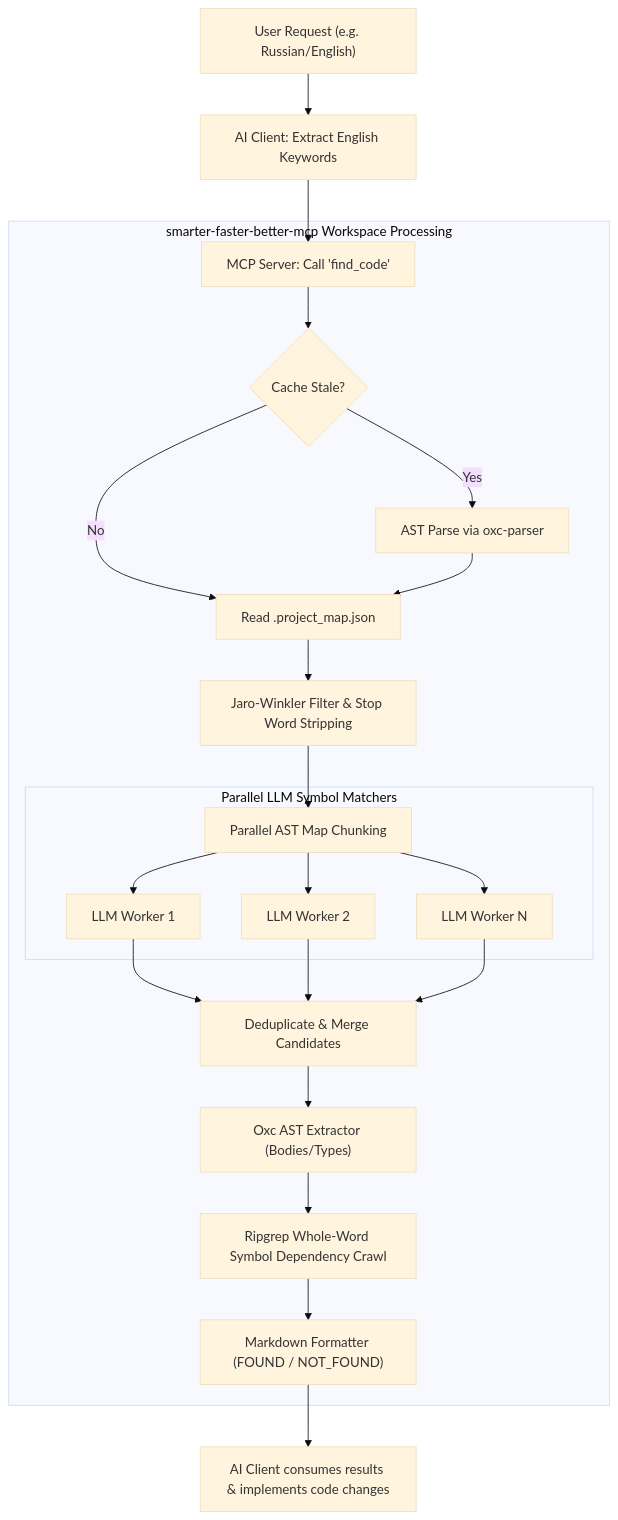
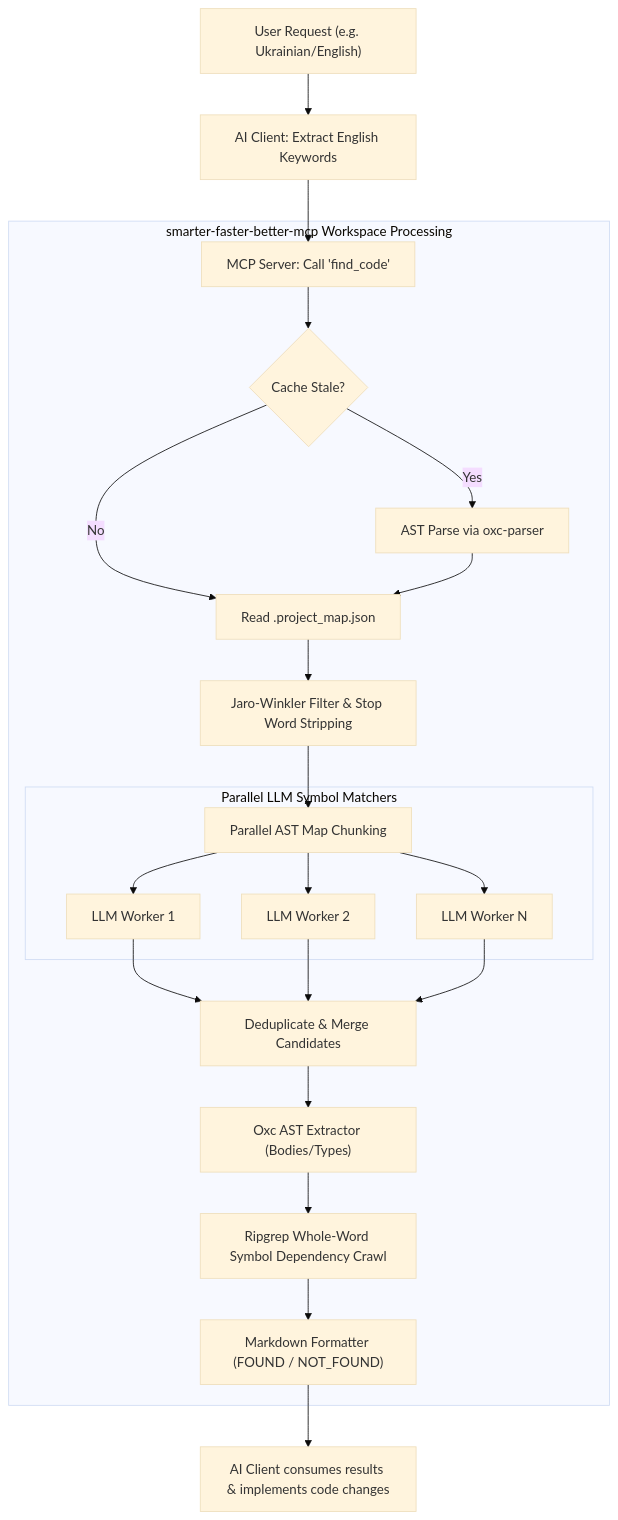
Before and after one commit to iHaiduk/smarter-faster-better-mcp: the diagram in README.md, drawn with Mermaid (base theme). The commit also changed 4 other files, not shown here.

````diff
--- a/README.md
+++ b/README.md
@@ -28,31 +28,31 @@
 ```mermaid
 graph TD
-    UserQuery["User Request (e.g. Russian/English)"] --> AIExtract["AI Client: Extract English Keywords"]
+    UserQuery["User Request (e.g. Ukrainian/English)"] --> AIExtract["AI Client: Extract English Keywords"]
     AIExtract --> MCPCall["MCP Server: Call 'find_code'"]
     
     subgraph MCP Server ["smarter-faster-better-mcp Workspace Processing"]
         MCPCall --> CheckCache{"Cache Stale?"}
         CheckCache -- Yes --> BuildMap["AST Parse via oxc-parser"]
         CheckCache -- No --> LoadMap["Read .project_map.json"]
         BuildMap --> LoadMap
         
         LoadMap --> Filter["Jaro-Winkler Filter & Stop Word Stripping"]
         Filter --> Chunking["Parallel AST Map Chunking"]
         
         subgraph Parallel LLM Classification ["Parallel LLM Symbol Matchers"]
             Chunking --> Chunk1["LLM Worker 1"]
             Chunking --> Chunk2["LLM Worker 2"]
             Chunking --> ChunkN["LLM Worker N"]
         end
         
         Chunk1 --> Merge["Deduplicate & Merge Candidates"]
         Chunk2 --> Merge
         ChunkN --> Merge
         
         Merge --> Extractor["Oxc AST Extractor (Bodies/Types)"]
         Extractor --> Deps["Ripgrep Whole-Word Symbol Dependency Crawl"]
         Deps --> Formatter["Markdown Formatter (FOUND / NOT_FOUND)"]
     end
     
     Formatter --> AIResponse["AI Client consumes results & implements code changes"]
 ```
````
